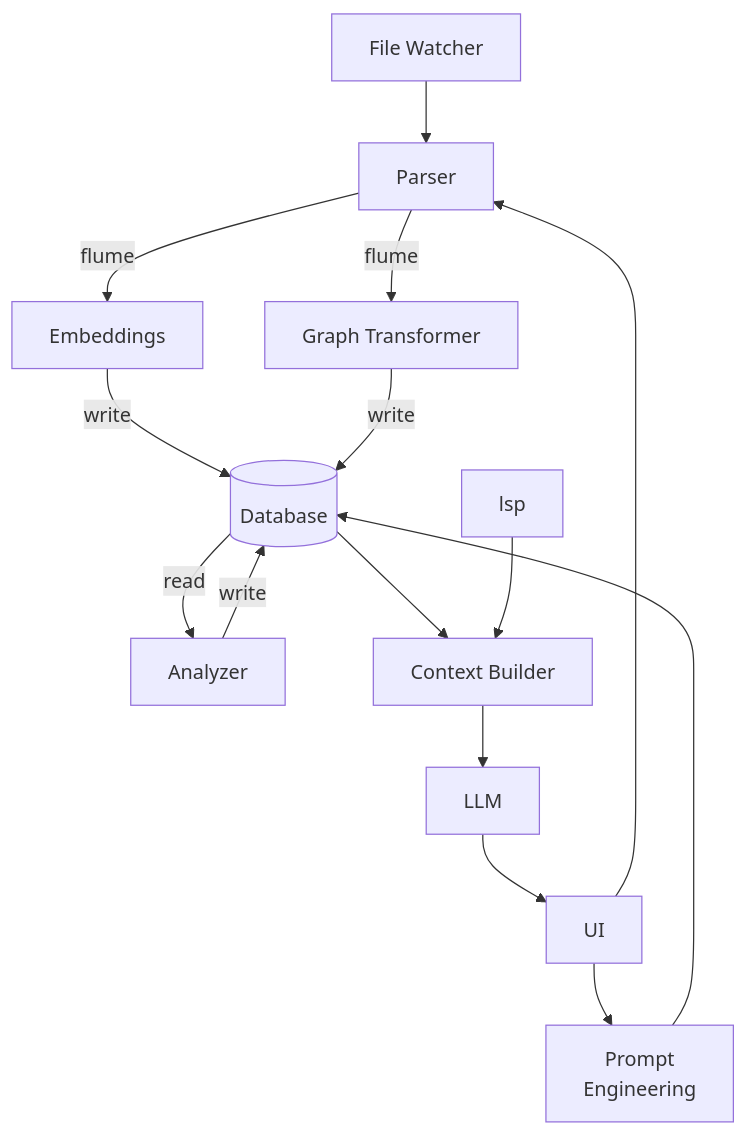
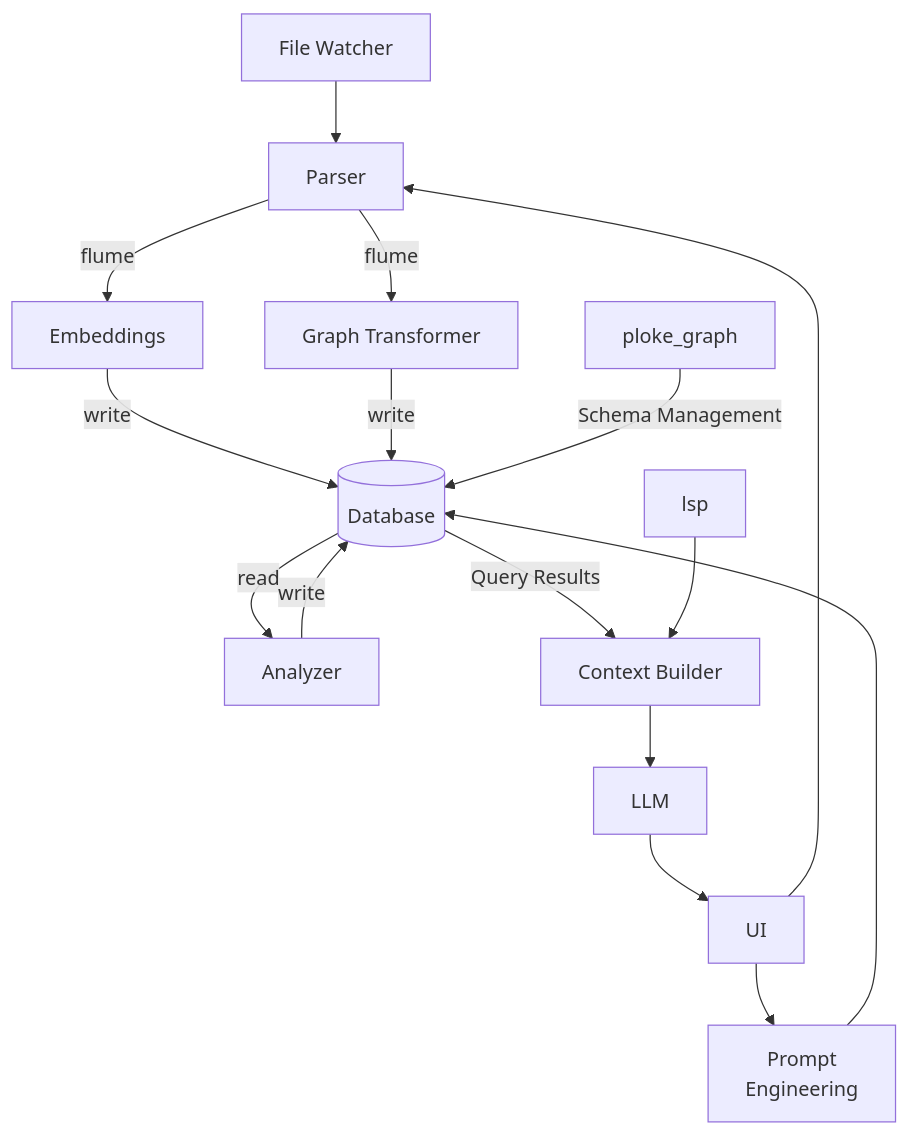
The diagram in PROPOSED_ARCH_V3.md (josephleblanc/ploke), drawn with Mermaid before and after one commit. The commit also changed other lines of this file and 5 other files, not shown here.

Commit message:
aider: feat: Implement ploke-db crate with query builder and update arch doc

````diff
--- a/PROPOSED_ARCH_V3.md
+++ b/PROPOSED_ARCH_V3.md
@@ -70,17 +70,18 @@
 ```mermaid
 flowchart TD
  watcher[File Watcher] --> parser
     ui[UI] --> parser[Parser]
     parser -->|flume| embed[Embeddings]
     parser -->|flume| graphT[Graph Transformer]
     embed -->|write| db[(Database)]
     graphT -->|write| db
     db -->|read| analyze[Analyzer]
     analyze -->|write| db
-    db --> context[Context Builder]
+    db -->|Query Results| context[Context Builder]
     lsp --> context
     ui --> prompt
     context --> llm[LLM]
     llm --> ui
     prompt[Prompt<br>Engineering] --> db
+    ploke_graph -->|Schema Management| db
 ```
````
